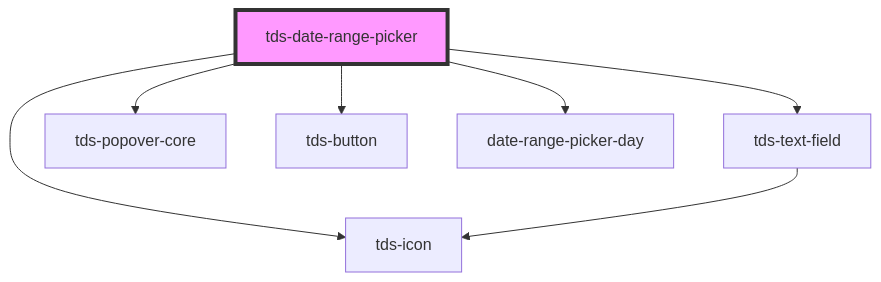
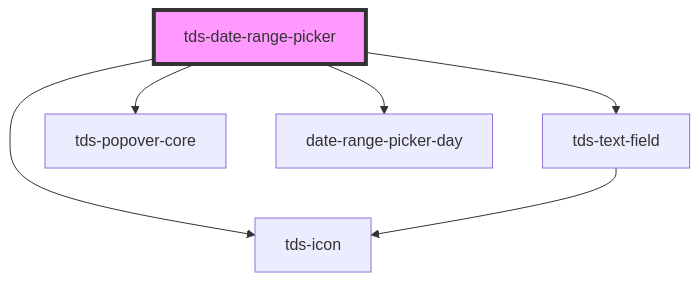
Before and after one commit to scania-digital-design-system/tegel: the diagram in packages/core/src/components/date-range-picker/readme.md, drawn with Mermaid. The commit also changed other lines of this file and 3 other files, not shown here.

Commit message:
fix(date range picker): minor accessability improvements

````diff
--- a/packages/core/src/components/date-range-picker/readme.md
+++ b/packages/core/src/components/date-range-picker/readme.md
@@ -46,10 +45,9 @@
 ```mermaid
 graph TD;
   tds-date-range-picker --> tds-text-field
   tds-date-range-picker --> tds-icon
   tds-date-range-picker --> tds-popover-core
-  tds-date-range-picker --> tds-button
   tds-date-range-picker --> date-range-picker-day
   tds-text-field --> tds-icon
   style tds-date-range-picker fill:#f9f,stroke:#333,stroke-width:4px
 ```
````
